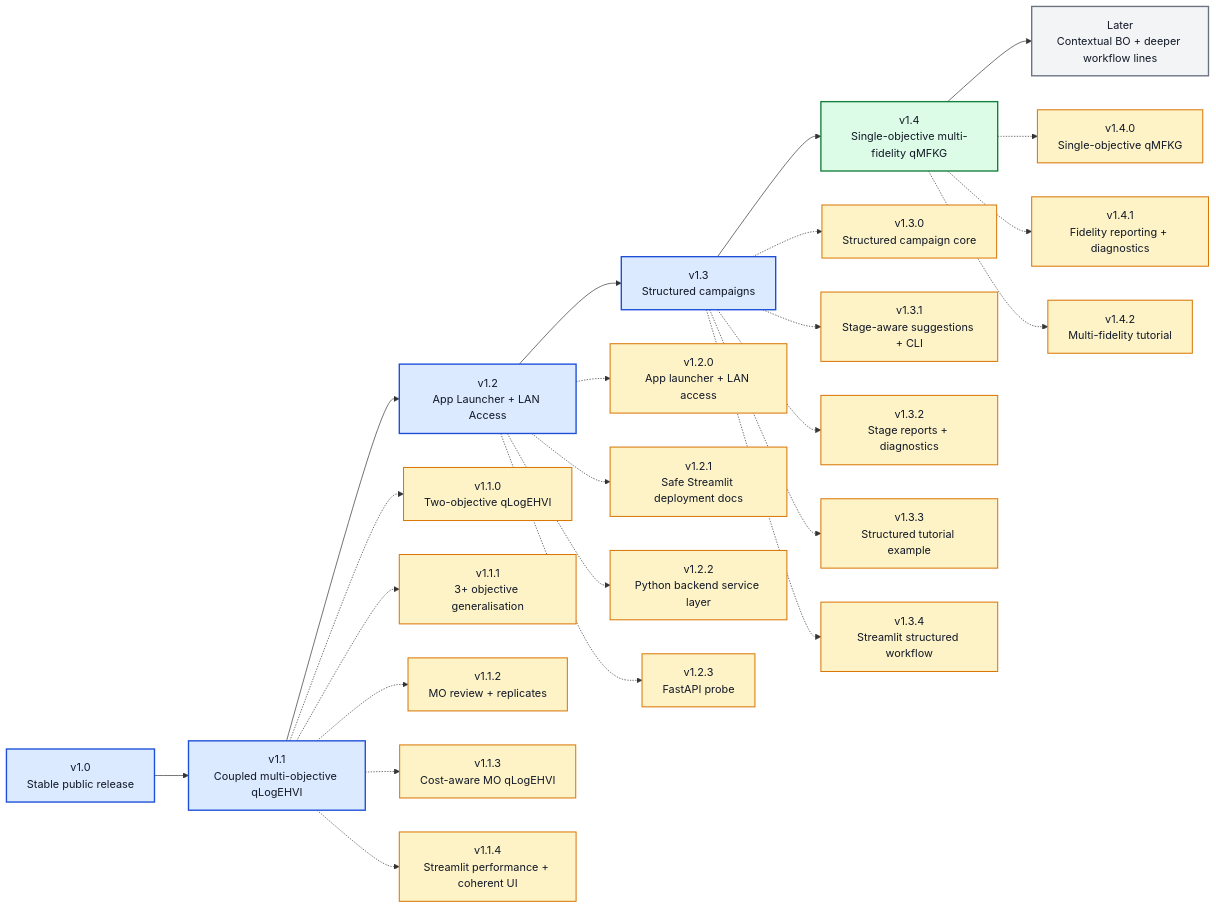
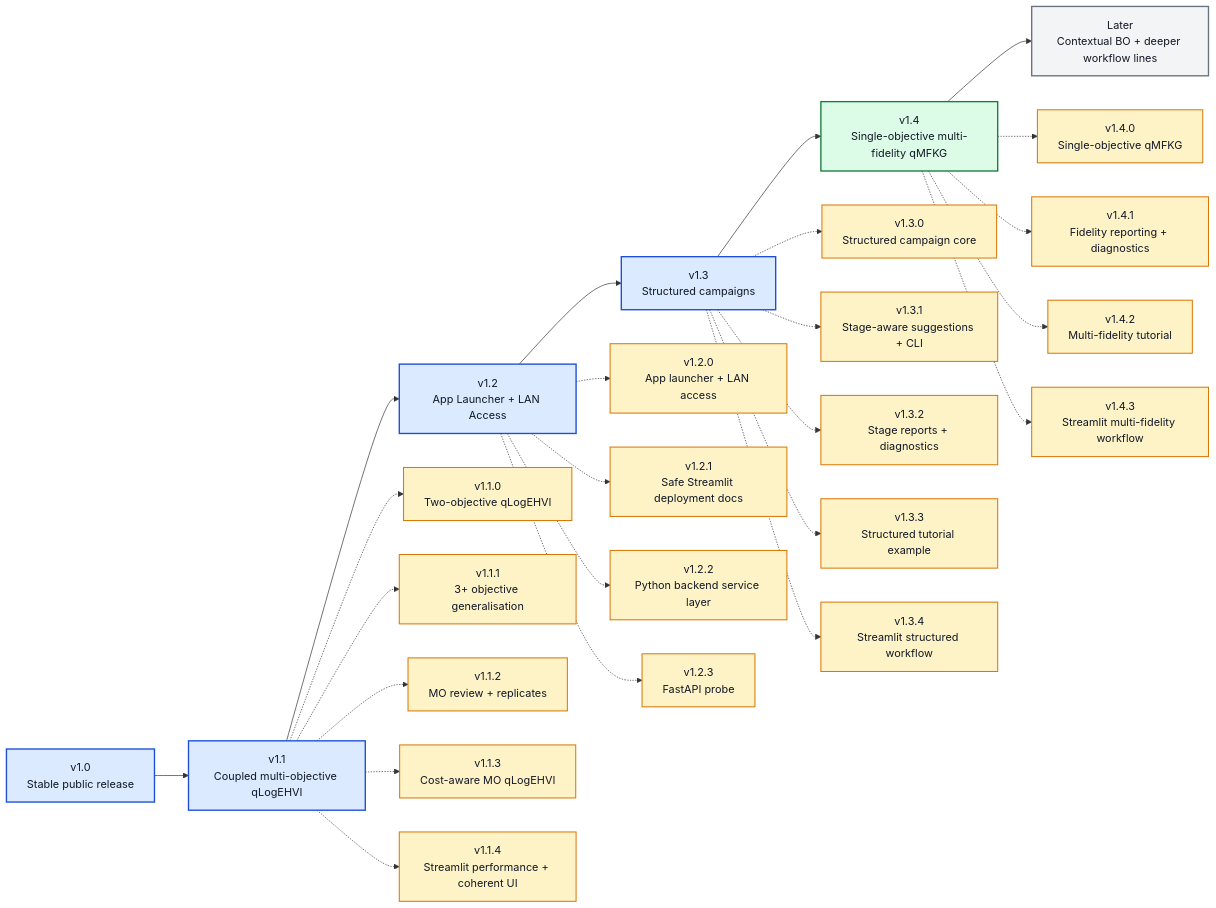
Before and after one commit to angzeli/bo-forge: the diagram in ROADMAP_V1_X.md, drawn with Mermaid. The commit also changed other lines of this file and 18 other files, not shown here.

````diff
--- a/ROADMAP_V1_X.md
+++ b/ROADMAP_V1_X.md
@@ -7,50 +7,52 @@
 ```mermaid
 flowchart LR
     v10["v1.0<br/>Stable public release"] --> v11["v1.1<br/>Coupled multi-objective qLogEHVI"] --> v12["v1.2<br/>App Launcher + LAN Access"] --> v13["v1.3<br/>Structured campaigns"] --> v14["v1.4<br/>Single-objective multi-fidelity qMFKG"] --> later["Later<br/>Contextual BO + deeper workflow lines"]
 
     v110["v1.1.0<br/>Two-objective qLogEHVI"]
     v111["v1.1.1<br/>3+ objective generalisation"]
     v112["v1.1.2<br/>MO review + replicates"]
     v113["v1.1.3<br/>Cost-aware MO qLogEHVI"]
     v114["v1.1.4<br/>Streamlit performance + coherent UI"]
     v120["v1.2.0<br/>App launcher + LAN access"]
     v121["v1.2.1<br/>Safe Streamlit deployment docs"]
     v122["v1.2.2<br/>Python backend service layer"]
     v123["v1.2.3<br/>FastAPI probe"]
     v130["v1.3.0<br/>Structured campaign core"]
     v131["v1.3.1<br/>Stage-aware suggestions + CLI"]
     v132["v1.3.2<br/>Stage reports + diagnostics"]
     v133["v1.3.3<br/>Structured tutorial example"]
     v134["v1.3.4<br/>Streamlit structured workflow"]
     v140["v1.4.0<br/>Single-objective qMFKG"]
     v141["v1.4.1<br/>Fidelity reporting + diagnostics"]
     v142["v1.4.2<br/>Multi-fidelity tutorial"]
+    v143["v1.4.3<br/>Streamlit multi-fidelity workflow"]
     
     v11 -.-> v110
     v11 -.-> v111
     v11 -.-> v112
     v11 -.-> v113
     v11 -.-> v114
     v12 -.-> v120
     v12 -.-> v121
     v12 -.-> v122
     v12 -.-> v123
     v13 -.-> v130
     v13 -.-> v131
     v13 -.-> v132
     v13 -.-> v133
     v13 -.-> v134
     v14 -.-> v140
     v14 -.-> v141
     v14 -.-> v142
+    v14 -.-> v143
 
     class v10,v11,v12,v13 majorDone
     class v14 majorActive
     class later majorFuture
-    class v110,v111,v112,v113,v114,v120,v121,v122,v123,v130,v131,v132,v133,v134,v140,v141,v142 patchDone
+    class v110,v111,v112,v113,v114,v120,v121,v122,v123,v130,v131,v132,v133,v134,v140,v141,v142,v143 patchDone
 
     classDef majorDone fill:#dbeafe,stroke:#1d4ed8,stroke-width:2px,color:#111827;
     classDef majorActive fill:#dcfce7,stroke:#15803d,stroke-width:2px,color:#111827;
     classDef majorFuture fill:#f3f4f6,stroke:#6b7280,stroke-width:2px,color:#111827;
     classDef patchDone fill:#fef3c7,stroke:#d97706,stroke-width:1.5px,color:#111827;
 ```
````
